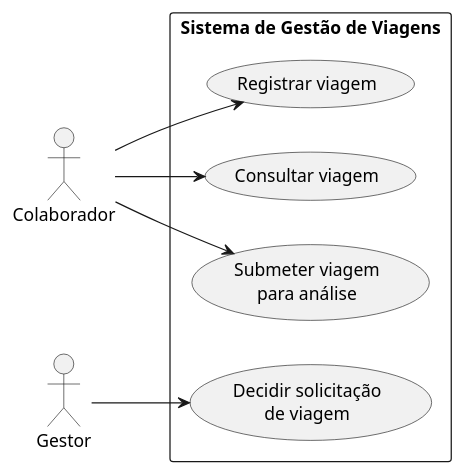
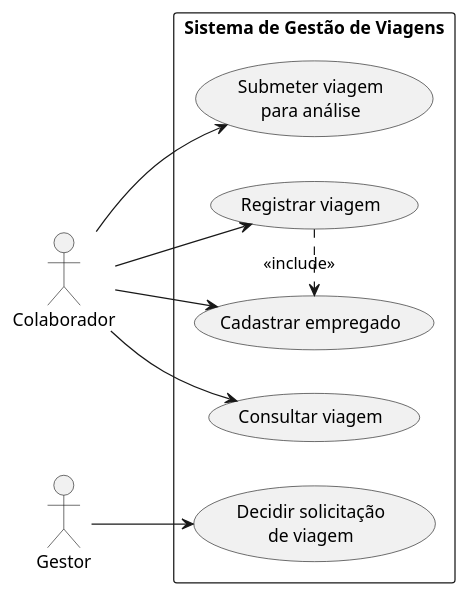
One commit to gabrielhochmann-academic/es2-travel-management changed the diagram in docs/casos-de-uso/diagrama-caso-de-uso.puml. Above: the diagram before and after it, drawn with PlantUML. The commit also changed 9 other files, not shown here.

```diff
--- a/docs/casos-de-uso/diagrama-caso-de-uso.puml
+++ b/docs/casos-de-uso/diagrama-caso-de-uso.puml
@@ -1,21 +1,24 @@
 @startuml
 left to right direction
 skinparam shadowing false
 skinparam packageStyle rectangle
 skinparam actorStyle stickman
 
 actor "Colaborador" as Colaborador
 actor "Gestor" as Gestor
 
 rectangle "Sistema de Gestão de Viagens" {
+  usecase "Cadastrar empregado" as UC00
   usecase "Registrar viagem" as UC01
   usecase "Consultar viagem" as UC02
   usecase "Submeter viagem\npara análise" as UC03
   usecase "Decidir solicitação\nde viagem" as UC04
 }
 
+Colaborador --> UC00
 Colaborador --> UC01
 Colaborador --> UC02
 Colaborador --> UC03
 Gestor --> UC04
+UC01 .> UC00 : <<include>>
 @enduml
```
